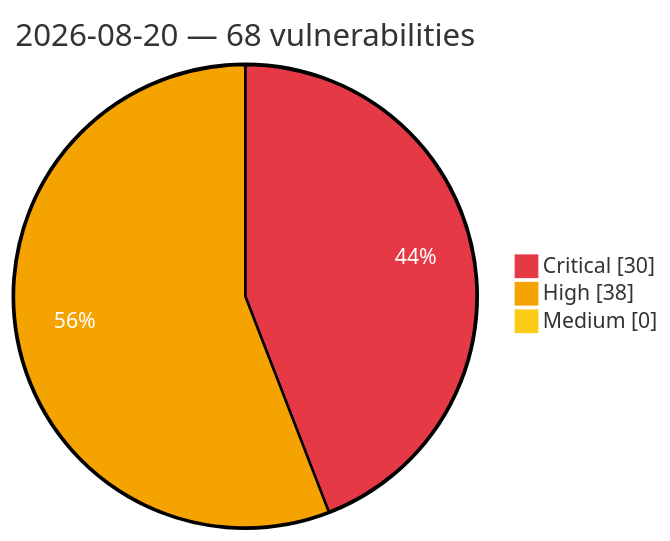
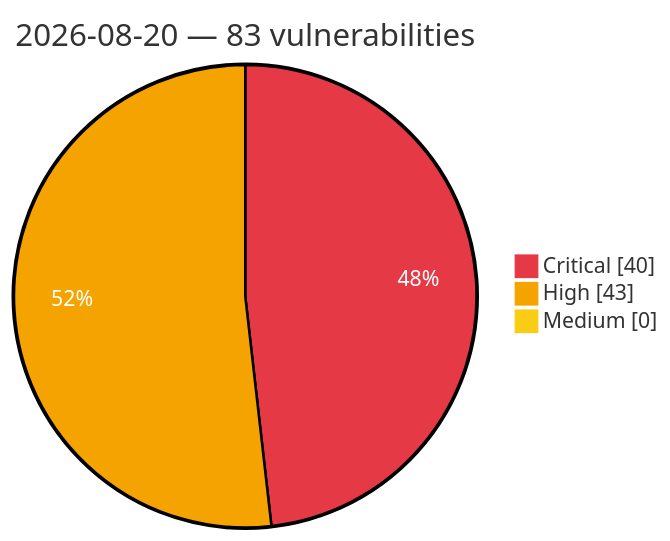
One commit to GhostX0X/vuln-tracker changed the diagram in vulnerabilities/2026/August/2026-08-20.md. Above: the diagram before and after it, drawn with Mermaid. The commit also changed other lines of this file and 5 other files, not shown here.

Commit message:
Auto update: critical/high vulns (2026-08-20 19:03 UTC)

````diff
--- a/vulnerabilities/2026/August/2026-08-20.md
+++ b/vulnerabilities/2026/August/2026-08-20.md
@@ -3,8 +3,8 @@
 ```mermaid
 %%{init: {'theme':'base', 'themeVariables': {'pie1':'#e63946', 'pie2':'#f4a300', 'pie3':'#facc15', 'pieOpacity':'1', 'pieOuterStrokeWidth':'2px', 'pieSectionTextColor':'#ffffff'}}}%%
 pie showData
-    title 2026-08-20 — 68 vulnerabilities
-    "Critical" : 30
-    "High" : 38
+    title 2026-08-20 — 83 vulnerabilities
+    "Critical" : 40
+    "High" : 43
     "Medium" : 0
 ```
````
